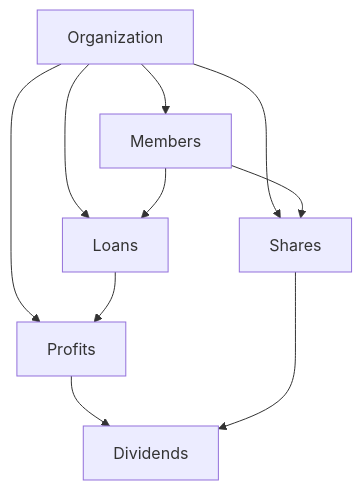
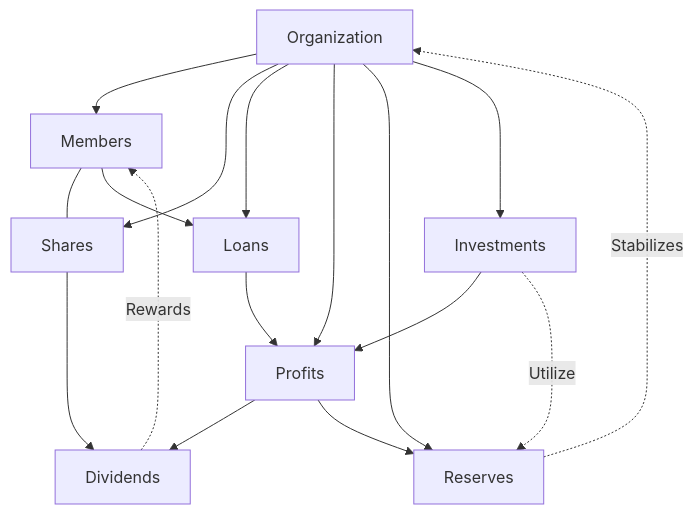
Before and after one commit to Sachin-Bandaranayaka/sahana-new: the first of 13 diagrams in financial-org-app/docs/financial-logic.md, drawn with Mermaid. The commit also changed other lines of this file and 2 other files, not shown here.

Commit message:
Update financial logic documentation with comprehensive system details, enhanced diagrams, and improved calculation examples

````diff
--- a/financial-org-app/docs/financial-logic.md
+++ b/financial-org-app/docs/financial-logic.md
@@ -7,12 +7,19 @@
 ```mermaid
 graph TD
     A[Organization] --> B[Members]
     A --> C[Shares]
     A --> D[Loans]
     A --> E[Profits]
-    E --> F[Dividends]
-    C --> F
-    B --> C
+    A --> F[Reserves]
+    A --> G[Investments]
+    E --> H[Dividends]
+    C --> H
+    B --- C
     B --> D
     D --> E
+    G --> E
+    E --> F
+    F -.->|Stabilizes| A
+    H -.->|Rewards| B
+    G -.->|Utilize| F
 ```
````
